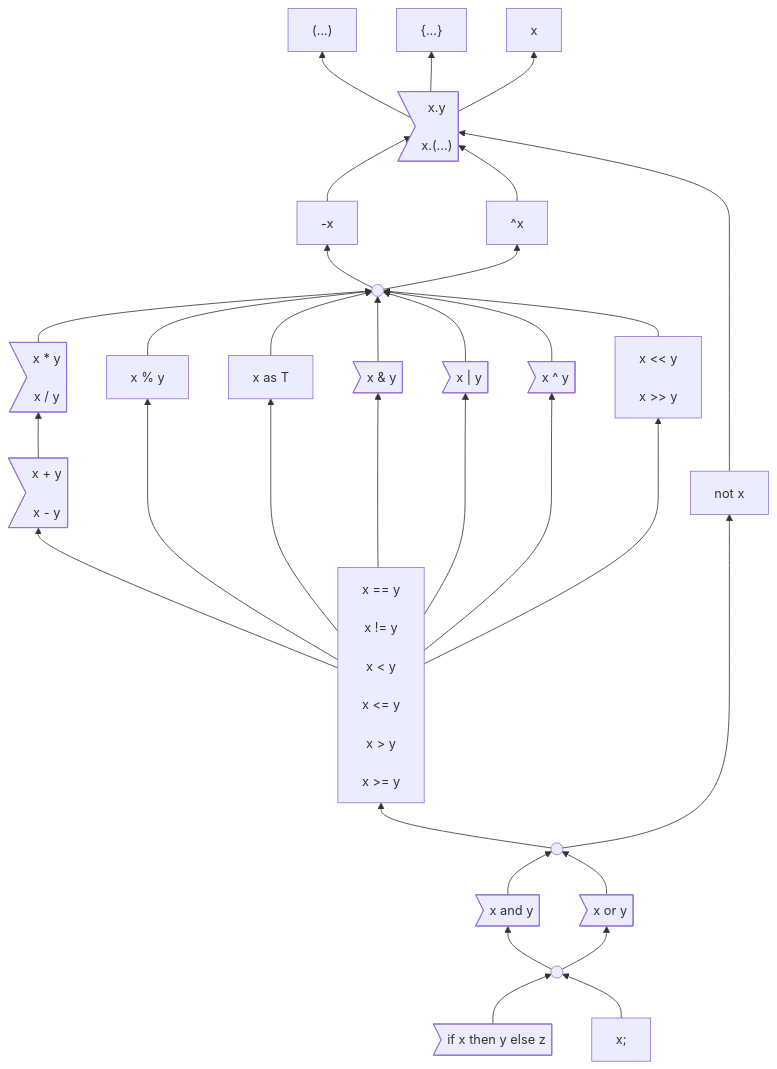
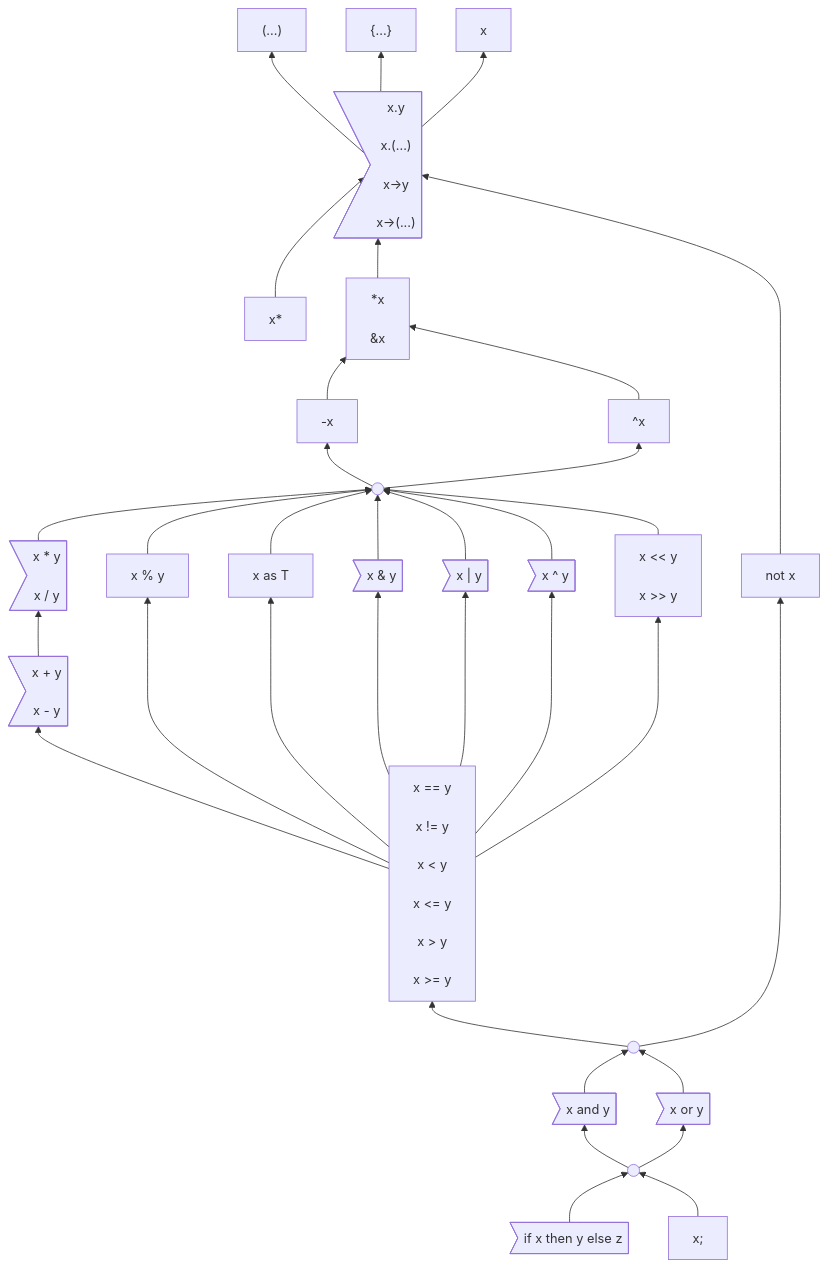
The first of 2 diagrams in docs/design/expressions/README.md (carbon-language/carbon-lang), drawn with Mermaid before and after one commit. The commit also changed other lines of this file and 3 other files, not shown here.

```diff
--- a/docs/design/expressions/README.md
+++ b/docs/design/expressions/README.md
@@ -62,8 +62,17 @@
     click unqualifiedName "https://github.com/carbon-language/carbon-lang/blob/trunk/docs/design/expressions/README.md#unqualified-names"
 
     memberAccess>"x.y<br>
-                    x.(...)"]
+                  x.(...)<br>
+                  x->y<br>
+                  x->(...)"]
     click memberAccess "https://github.com/carbon-language/carbon-lang/blob/trunk/docs/design/expressions/member_access.md"
+
+    pointerType["x*"]
+    click pointer-type "https://github.com/carbon-language/carbon-lang/blob/trunk/docs/design/expressions/pointer.md"
+
+    pointer["*x<br>
+             &x<br>"]
+    click pointer "https://github.com/carbon-language/carbon-lang/blob/trunk/docs/design/expressions/pointer.md"
 
     negation["-x"]
     click negation "https://github.com/carbon-language/carbon-lang/blob/trunk/docs/design/expressions/arithmetic.md"
@@ -125,8 +134,10 @@
     expressionEnd["x;"]
 
     memberAccess --> parens & braces & unqualifiedName
-    negation --> memberAccess
-    complement --> memberAccess
+    pointerType --> memberAccess
+    pointer --> memberAccess
+    negation --> pointer
+    complement --> pointer
     unary --> negation & complement
     %% Use a longer arrow here to put `not` next to `and` and `or`.
     not -----> memberAccess
```
